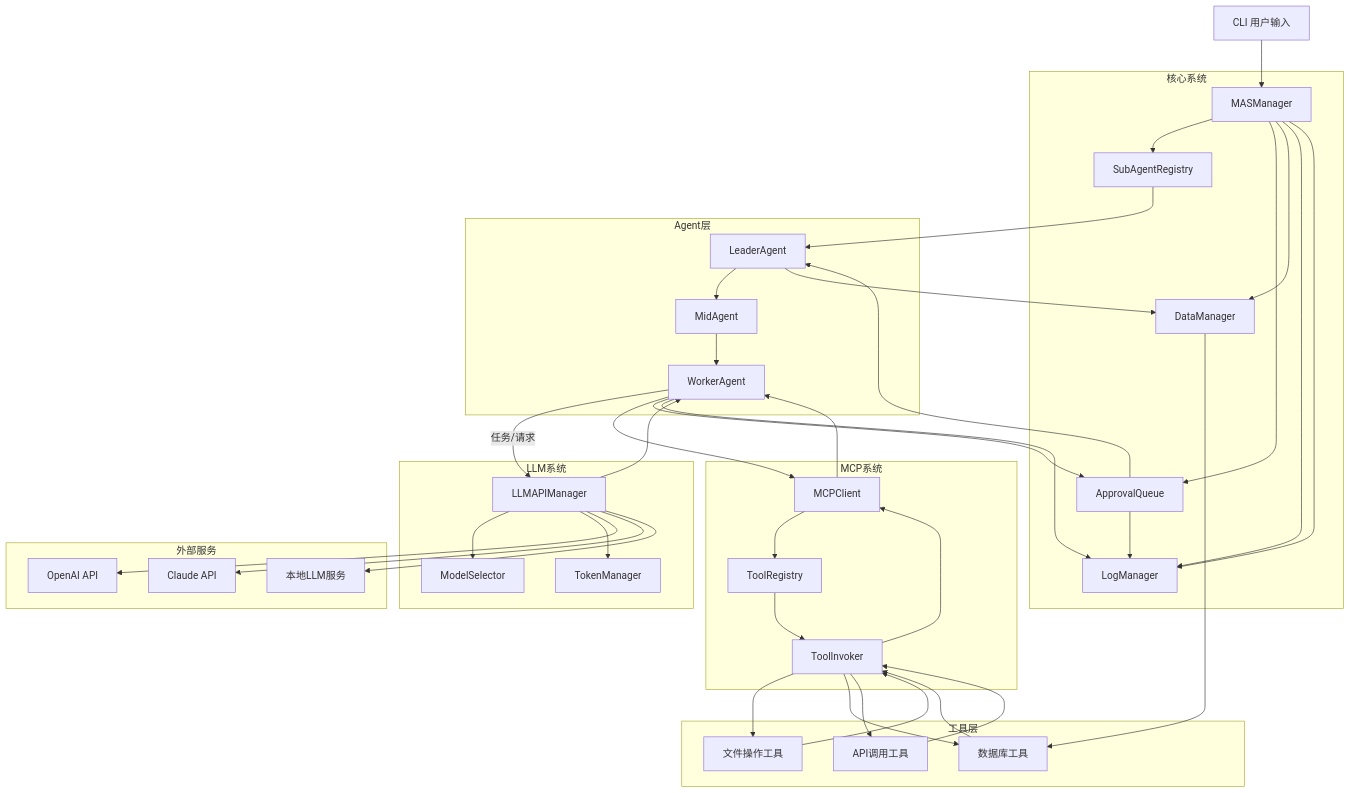
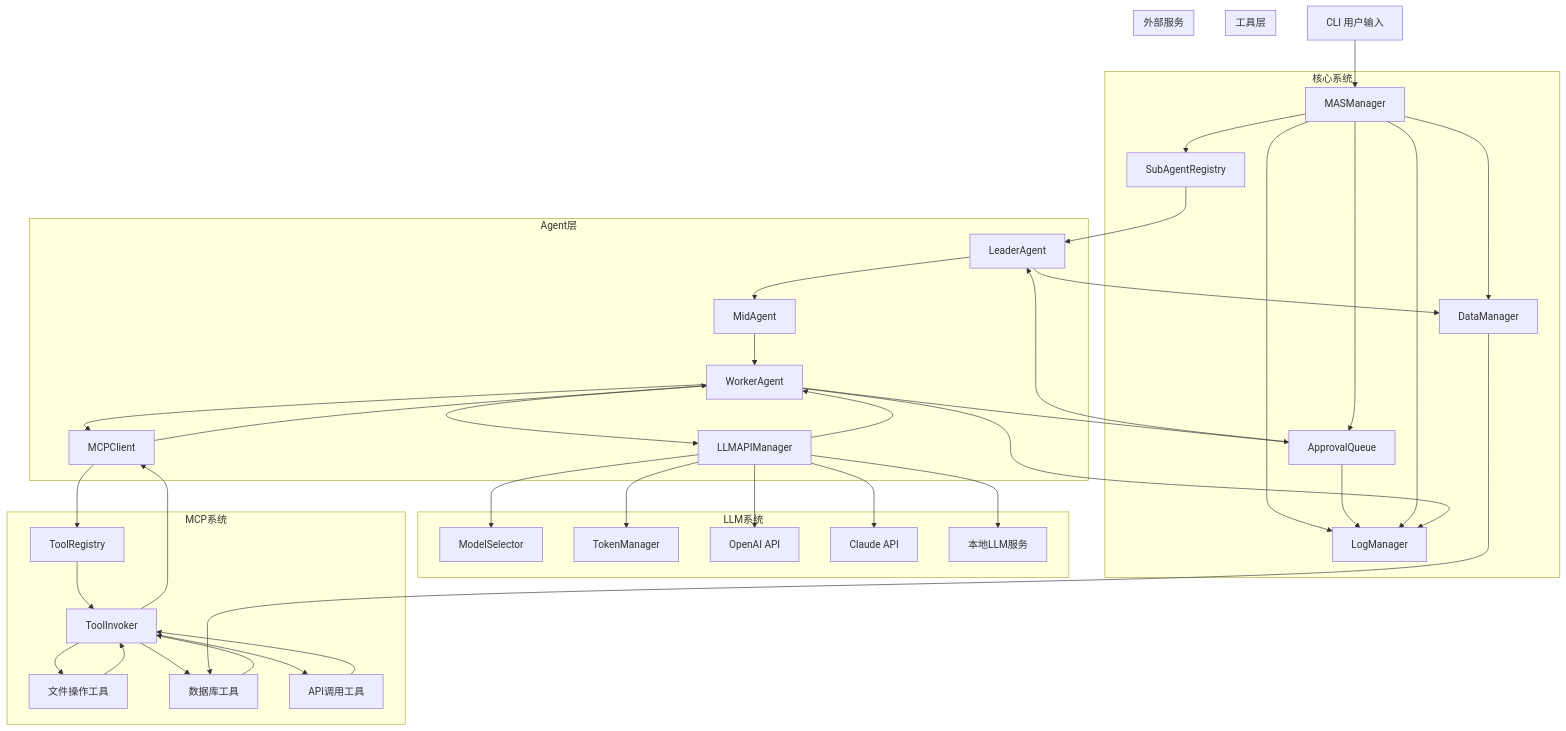
Before and after one commit to dongge0210/multiagent-hub: the diagram in docs/docs_architecture_and_impl_cn.md, drawn with Mermaid.

````diff
--- a/docs/docs_architecture_and_impl_cn.md
+++ b/docs/docs_architecture_and_impl_cn.md
@@ -130,39 +130,77 @@
 ```mermaid
 flowchart TD
-    %% 输入-决策
     CLI[CLI 用户输入] --> MASManager
 
-    %% 系统分区
     subgraph 核心系统
-        MASManager
-        SubAgentRegistry
-        ApprovalQueue
-        DataManager
-        LogManager
+        MASManager[MASManager]
+        SubAgentRegistry[SubAgentRegistry]
+        ApprovalQueue[ApprovalQueue]
+        DataManager[DataManager]
+        LogManager[LogManager]
+
+        MASManager --> SubAgentRegistry
+        MASManager --> ApprovalQueue
+        MASManager --> DataManager
+        MASManager --> LogManager
+
+        ApprovalQueue --> LogManager
+        MASManager --> LogManager
     end
 
     subgraph Agent层
-        LeaderAgent
-        MidAgent
-        WorkerAgent
+        LeaderAgent[LeaderAgent]
+        MidAgent[MidAgent]
+        WorkerAgent[WorkerAgent]
+
+        SubAgentRegistry --> LeaderAgent
+        LeaderAgent --> MidAgent
+        MidAgent --> WorkerAgent
+
+        %% Worker和系统的连接
+        WorkerAgent --> LLMAPIManager
+        WorkerAgent --> MCPClient
+        WorkerAgent --> ApprovalQueue
+        WorkerAgent --> LogManager
     end
 
     subgraph LLM系统
-        LLMAPIManager
-        ModelSelector
-        TokenManager
+        LLMAPIManager[LLMAPIManager]
+        ModelSelector[ModelSelector]
+        TokenManager[TokenManager]
+
+        LLMAPIManager --> ModelSelector
+        LLMAPIManager --> TokenManager
+
+        %% LLMAPI与外部服务连接
+        LLMAPIManager --> OpenAI
+        LLMAPIManager --> Claude
+        LLMAPIManager --> LocalLLM
+
+        LLMAPIManager --> WorkerAgent
     end
 
     subgraph MCP系统
-        MCPClient
-        ToolRegistry
-        ToolInvoker
+        MCPClient[MCPClient]
+        ToolRegistry[ToolRegistry]
+        ToolInvoker[ToolInvoker]
+
+        MCPClient --> ToolRegistry
+        ToolRegistry --> ToolInvoker
+        ToolInvoker --> FileTool
+        ToolInvoker --> DBTool
+        ToolInvoker --> APITool
+        ToolInvoker --> MCPClient
+        MCPClient --> WorkerAgent
     end
 
     subgraph 工具层
         FileTool[文件操作工具]
         DBTool[数据库工具]
         APITool[API调用工具]
+
+        FileTool --> ToolInvoker
+        DBTool --> ToolInvoker
+        APITool --> ToolInvoker
     end
 
     subgraph 外部服务
@@ -171,53 +209,8 @@
         LocalLLM[本地LLM服务]
     end
 
-    %% 主控调度与系统
-    MASManager --> SubAgentRegistry
-    MASManager --> ApprovalQueue
-    MASManager --> DataManager
-    MASManager --> LogManager
-
-    %% Agent注册/层级
-    SubAgentRegistry --> LeaderAgent
-    LeaderAgent --> MidAgent
-    MidAgent --> WorkerAgent
-
-    %% Agent与系统互通
-    WorkerAgent -->|任务/请求| LLMAPIManager
-    WorkerAgent --> MCPClient
-    WorkerAgent --> ApprovalQueue
-    WorkerAgent --> LogManager
-
-    %% 审批流程
+    %% 审批、持久化
     ApprovalQueue --> LeaderAgent
     LeaderAgent --> DataManager
     DataManager --> DBTool
-
-    %% 日志流
-    ApprovalQueue --> LogManager
-    MASManager --> LogManager
-
-    %% LLM系统与外部
-    LLMAPIManager --> ModelSelector
-    LLMAPIManager --> TokenManager
-    LLMAPIManager --> OpenAI
-    LLMAPIManager --> Claude
-    LLMAPIManager --> LocalLLM
-
-    %% LLM对Agent
-    LLMAPIManager --> WorkerAgent
-
-    %% MCP工具链
-    MCPClient --> ToolRegistry
-    ToolRegistry --> ToolInvoker
-    ToolInvoker --> FileTool
-    ToolInvoker --> DBTool
-    ToolInvoker --> APITool
-    ToolInvoker --> MCPClient
-    MCPClient --> WorkerAgent
-
-    %% 工具/结果返回
-    FileTool --> ToolInvoker
-    DBTool --> ToolInvoker
-    APITool --> ToolInvoker
 ```
````
